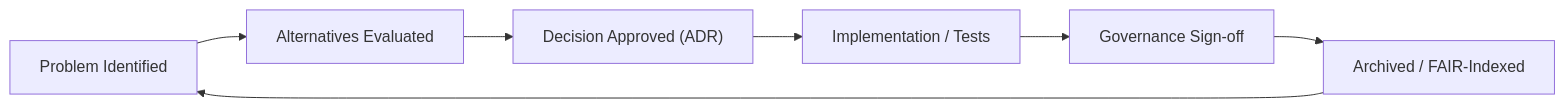
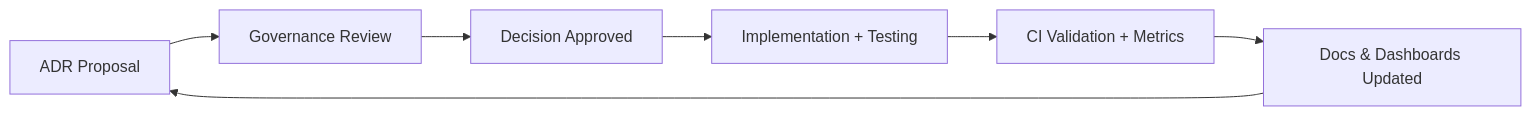
The second of 2 diagrams in docs/design/reviews/architecture/templates/adr_template.md (bartytime4life/Kansas-Frontier-Matrix), drawn with Mermaid before and after one commit. The commit also changed other lines of this file, not shown here.

First line of the commit message:
Upgrade ADR template to version 2.3.0

````diff
--- a/docs/design/reviews/architecture/templates/adr_template.md
+++ b/docs/design/reviews/architecture/templates/adr_template.md
@@ -170,9 +265,9 @@
 ```mermaid
 flowchart LR
-  A["Problem Identified"] --> B["Alternatives Evaluated"]
-  B --> C["Decision Approved (ADR)"]
-  C --> D["Implementation / Tests"]
-  D --> E["Governance Sign-off"]
-  E --> F["Archived / FAIR-Indexed"]
+  A["ADR Proposal"] --> B["Governance Review"]
+  B --> C["Decision Approved"]
+  C --> D["Implementation + Testing"]
+  D --> E["CI Validation + Metrics"]
+  E --> F["Docs & Dashboards Updated"]
   F --> A
 ```
````
